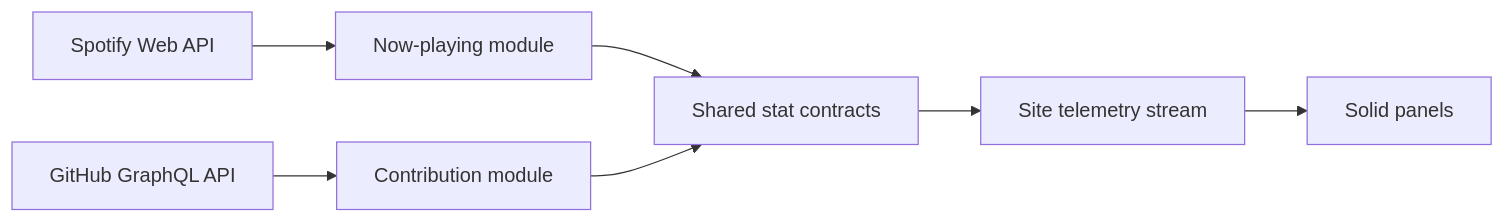
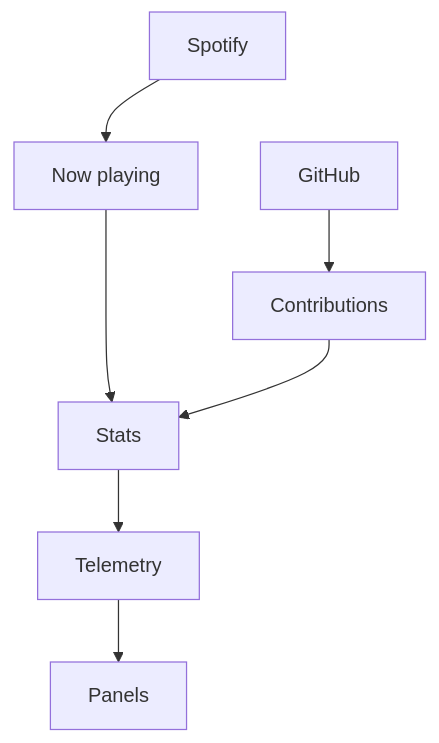
One commit to ErickCReis/ErickCReis changed the first of 2 diagrams in web/content/blog/personal-telemetry-from-spotify-and-github.mdx. Above: the diagram before and after it, drawn with Mermaid. The commit also changed other lines of this file and 21 other files, not shown here.

First line of the commit message:
Improve Mermaid diagram readability across blog posts

````diff
--- a/web/content/blog/personal-telemetry-from-spotify-and-github.mdx
+++ b/web/content/blog/personal-telemetry-from-spotify-and-github.mdx
@@ -16,9 +16,11 @@
 ```mermaid center
-flowchart LR
-  SpotifyAPI["Spotify Web API"] --> Spotify["Now-playing module"]
-  GitHubAPI["GitHub GraphQL API"] --> GitHub["Contribution module"]
-  Spotify --> Contract["Shared stat contracts"]
+flowchart TB
+  SpotifyAPI["Spotify"] --> Spotify["Now playing"]
+  GitHubAPI["GitHub"] --> GitHub["Contributions"]
+  SpotifyAPI ~~~ GitHubAPI
+  Spotify ~~~ GitHub
+  Spotify --> Contract["Stats"]
   GitHub --> Contract
-  Contract --> Stream["Site telemetry stream"]
-  Stream --> Panels["Solid panels"]
+  Contract --> Stream["Telemetry"]
+  Stream --> Panels["Panels"]
 ```
````
